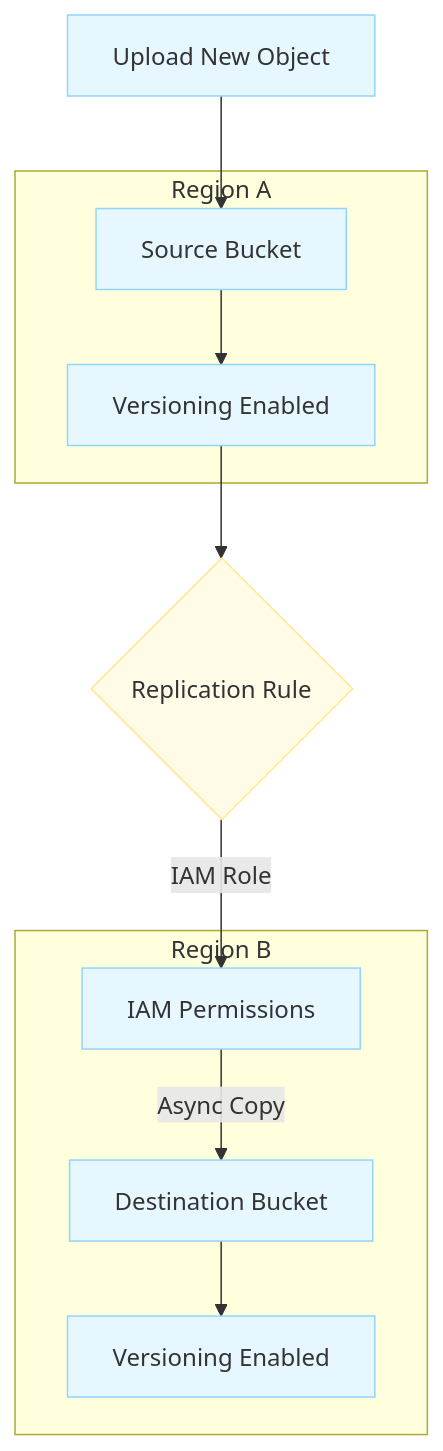
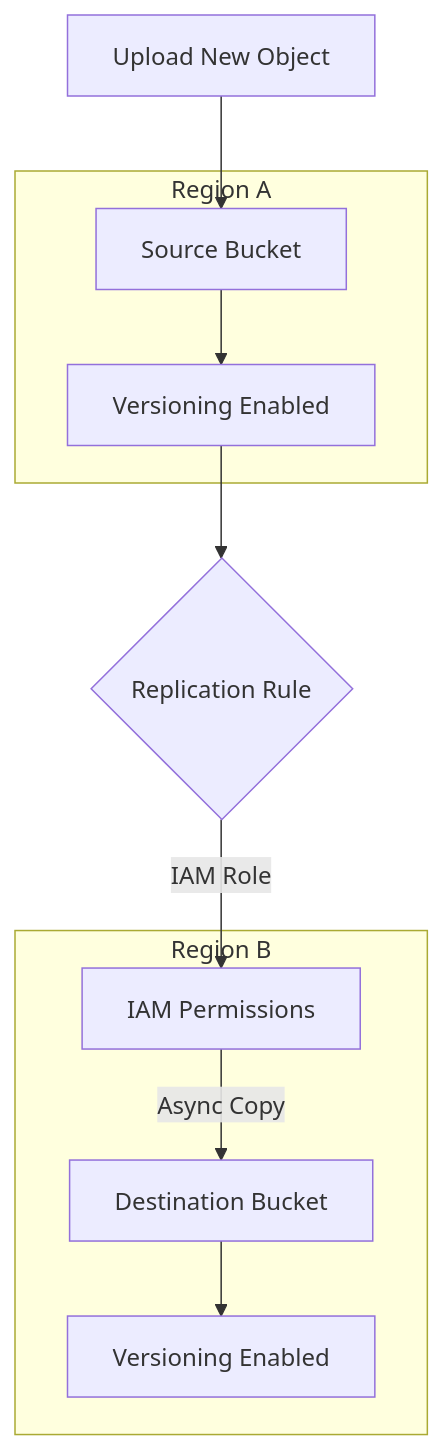
One commit to sujith-eag/sujith-library changed the third of 3 diagrams in docs/dev-cloud/cclab/lab_4.md. Above: the diagram before and after it, drawn with Mermaid. The commit also changed other lines of this file and 41 other files, not shown here.

First line of the commit message:
Refactor diagrams and remove redundant styles in documentation

````diff
--- a/docs/dev-cloud/cclab/lab_4.md
+++ b/docs/dev-cloud/cclab/lab_4.md
@@ -194,23 +182,16 @@
 ```mermaid
 flowchart TD
     Upload[Upload New Object] --> Source[Source Bucket]
     
     subgraph Region_A [Region A]
         Source --> Ver_A[Versioning Enabled]
     end
     
     Ver_A --> Rule{Replication Rule}
     Rule -->|IAM Role| IAM[IAM Permissions]
     
     subgraph Region_B [Region B]
         IAM -->|Async Copy| Dest[Destination Bucket]
         Dest --> Ver_B[Versioning Enabled]
     end
-
-    classDef process fill:#e6f7ff,stroke:#91d5ff
-    classDef decision fill:#fffbe6,stroke:#ffe58f
-    classDef success fill:#d4edda,stroke:#155724
-
-    class Upload,Source,Ver_A,IAM,Dest,Ver_B process
-    class Rule decision
 ```
````
